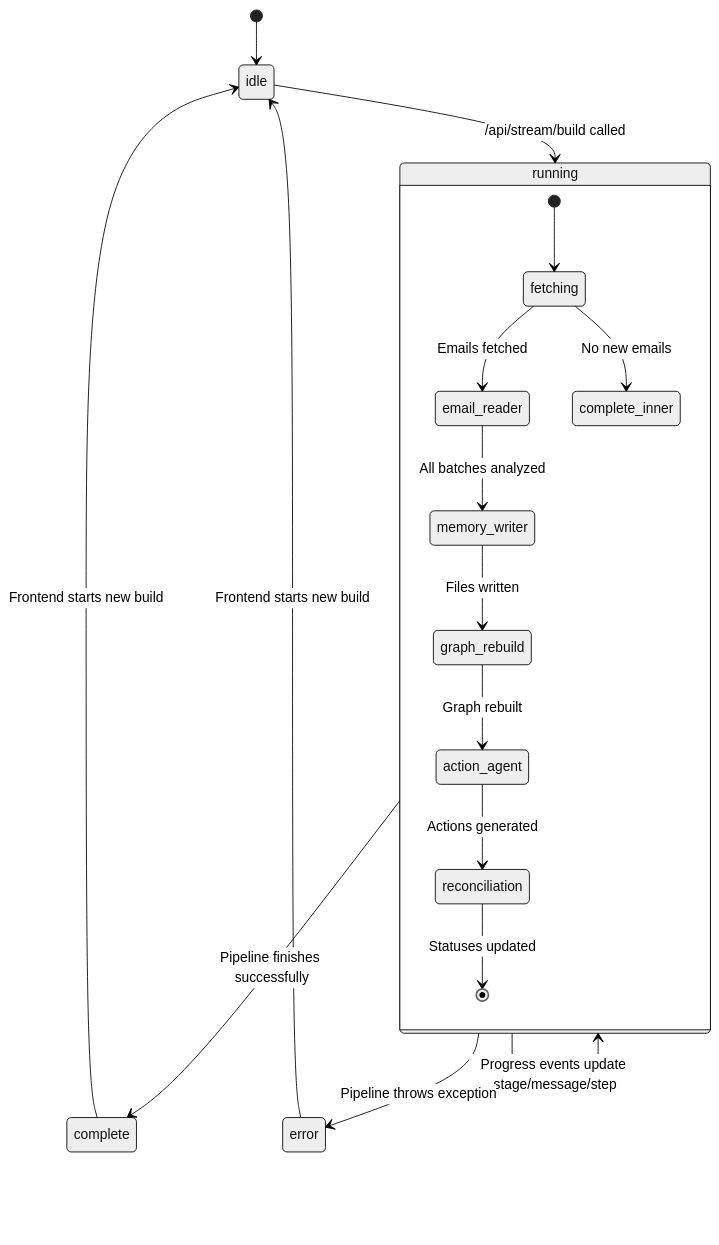
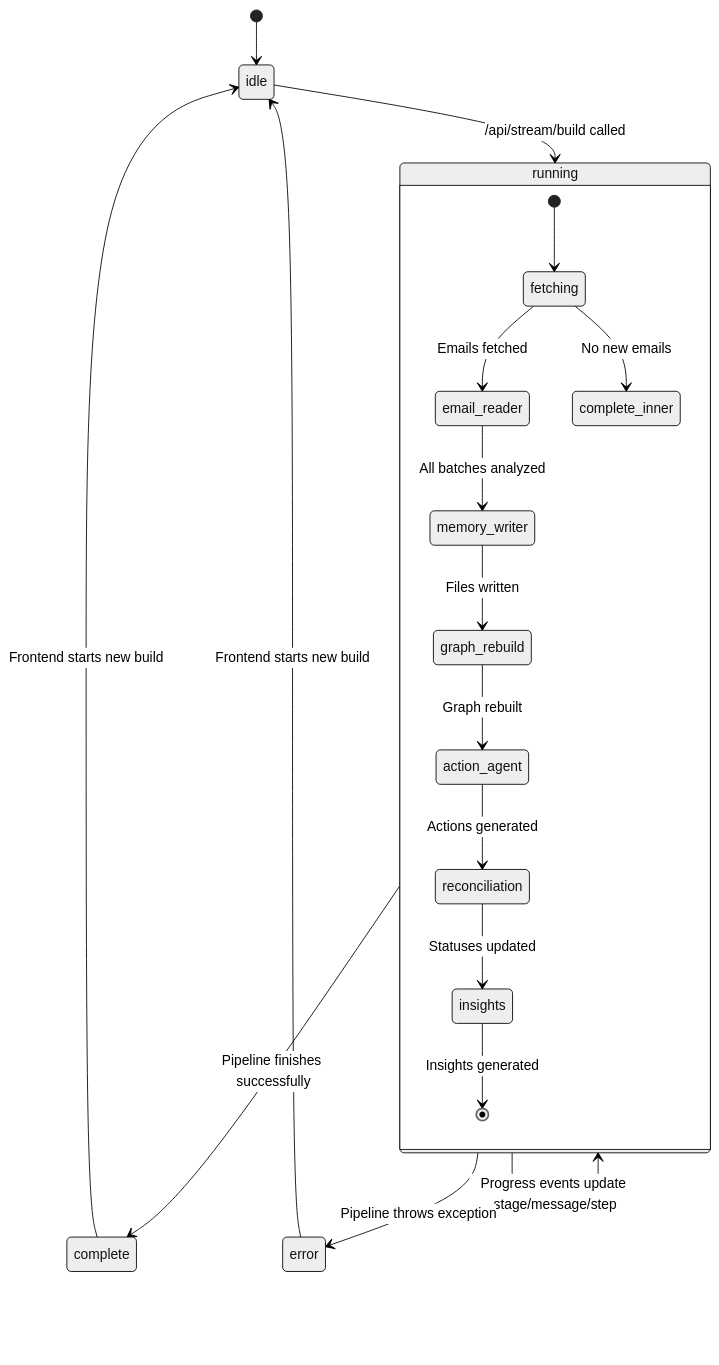
One commit to ifeanyi-okafor/email-memory-agent changed the second of 6 diagrams in docs/state-machines.md. Above: the diagram before and after it, drawn with Mermaid (neutral theme). The commit also changed other lines of this file and 8 other files, not shown here.

````diff
--- a/docs/state-machines.md
+++ b/docs/state-machines.md
@@ -22,21 +22,22 @@
 ```mermaid
 stateDiagram-v2
     [*] --> idle
     idle --> running: /api/stream/build called
     running --> running: Progress events update stage/message/step
     running --> complete: Pipeline finishes successfully
     running --> error: Pipeline throws exception
     complete --> idle: Frontend starts new build
     error --> idle: Frontend starts new build
 
     state running {
         [*] --> fetching
         fetching --> email_reader: Emails fetched
         fetching --> complete_inner: No new emails
         email_reader --> memory_writer: All batches analyzed
         memory_writer --> graph_rebuild: Files written
         graph_rebuild --> action_agent: Graph rebuilt
         action_agent --> reconciliation: Actions generated
-        reconciliation --> [*]: Statuses updated
+        reconciliation --> insights: Statuses updated
+        insights --> [*]: Insights generated
     }
 ```
````
